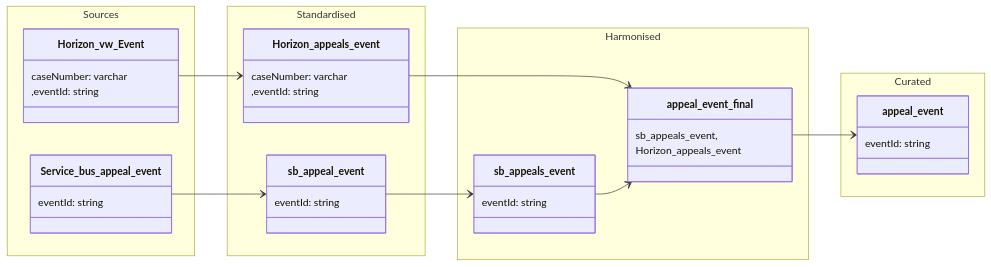
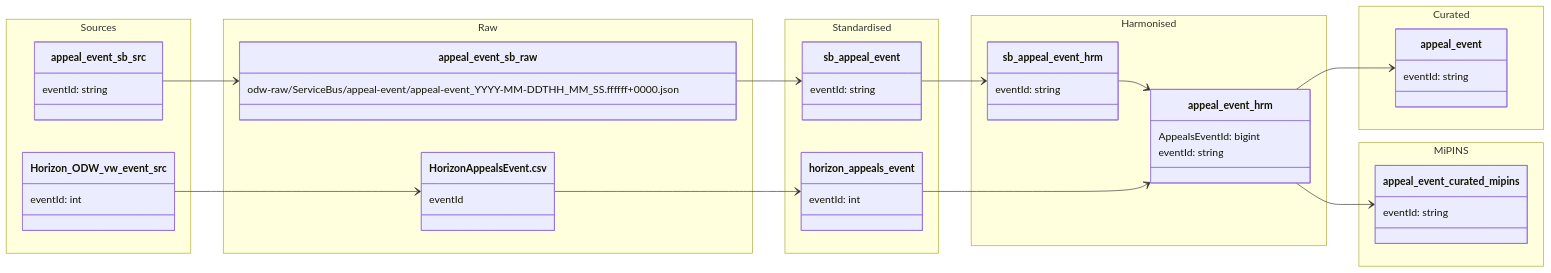
The diagram in data-models/appeal-event.md (Planning-Inspectorate/odw-synapse-workspace), drawn with Mermaid before and after one commit. The commit also changed other lines of this file and 5 other files, not shown here.

First line of the commit message:
3279-Validate, Correct, and Complete Data Flow Diagrams in GitHub for Appeals Entity (#2604)

````diff
--- a/data-models/appeal-event.md
+++ b/data-models/appeal-event.md
@@ -7,61 +8,78 @@
 ```mermaid
-
 classDiagram
 
     direction LR
 
     namespace Sources {
 
-        class Horizon_vw_Event {
-            caseNumber: varchar
-            ,eventId: string
+        class appeal_event_sb_src {
+            eventId: string
         }
 
-        class Service_bus_appeal_event  {
-            eventId: string
+        class Horizon_ODW_vw_event_src {
+            eventId: int
+        }
+    }
+
+    namespace Raw {
+
+        class appeal_event_sb_raw {
+            odw-raw/ServiceBus/appeal-event/appeal-event_YYYY-MM-DDTHH_MM_SS.ffffff+0000.json
+        }
+
+        class HorizonAppealsEvent.csv {
+            eventId
         }
     }
 
     namespace Standardised {
 
-        class Horizon_appeals_event {
-            caseNumber: varchar
-            ,eventId: string
+        class sb_appeal_event {
+            eventId: string
         }
 
-        class sb_appeal_event  {
-            eventId: string
+        class horizon_appeals_event {
+            eventId: int
         }
     }
 
     namespace Harmonised {
 
-        class sb_appeals_event  {
+        class sb_appeal_event_hrm {
             eventId: string
         }
-        
-        class appeal_event_final  {
-            sb_appeals_event,
-            Horizon_appeals_event
 
+        class appeal_event_hrm {
+            AppealsEventId: bigint
+            eventId: string
         }
     }
 
     namespace Curated {
 
-        class appeal_event{
+        class appeal_event {
             eventId: string
         }
     }
 
-`Horizon_vw_Event` --> `Horizon_appeals_event`
-`Service_bus_appeal_event` --> `sb_appeal_event`
+    namespace MiPINS {
 
-`sb_appeal_event` --> `sb_appeals_event`
-`Horizon_appeals_event` --> `appeal_event_final` 
+        class appeal_event_curated_mipins {
+            eventId: string
+        }
+    }
 
-`sb_appeals_event` --> `appeal_event_final`
+    appeal_event_sb_src --> appeal_event_sb_raw
+    appeal_event_sb_raw --> sb_appeal_event
+    sb_appeal_event --> sb_appeal_event_hrm
 
-`appeal_event_final` --> `appeal_event`
+    Horizon_ODW_vw_event_src --> HorizonAppealsEvent.csv
+    HorizonAppealsEvent.csv --> horizon_appeals_event
 
+    sb_appeal_event_hrm --> appeal_event_hrm
+    horizon_appeals_event --> appeal_event_hrm
+
+    appeal_event_hrm --> appeal_event
+
+    appeal_event_hrm --> appeal_event_curated_mipins
 ```
````
